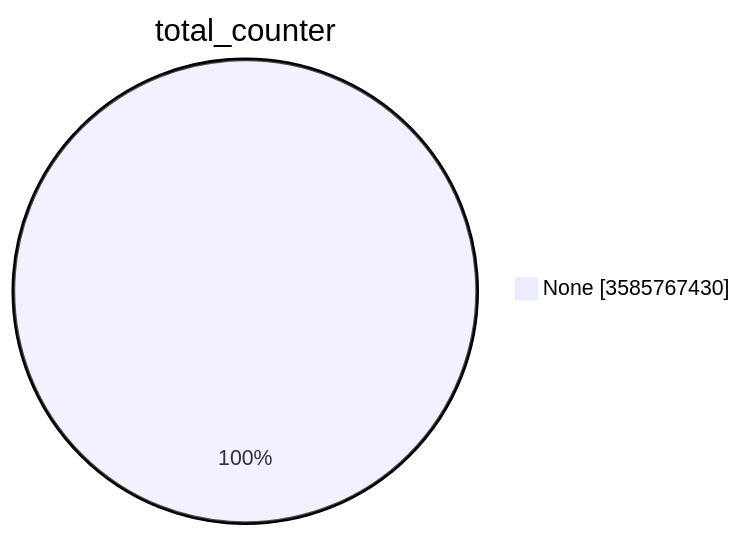
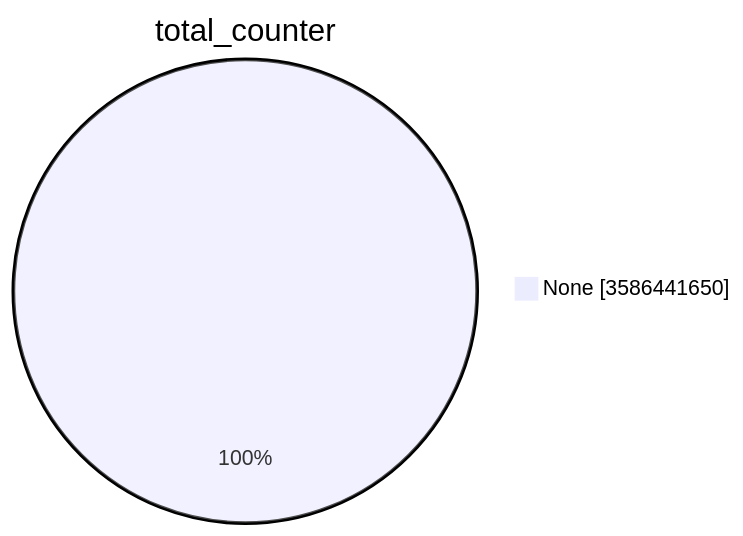
Before and after one commit to christiankrug/ctmonitor_visualization: the first of 15 diagrams in TOTAL/README.md, drawn with Mermaid. The commit also changed other lines of this file, not shown here.

````diff
--- a/TOTAL/README.md
+++ b/TOTAL/README.md
@@ -1,5 +1,5 @@
 ```mermaid
 pie showData
 title total_counter
-"None" :3585767430
+"None" :3586441650
 ```
````
